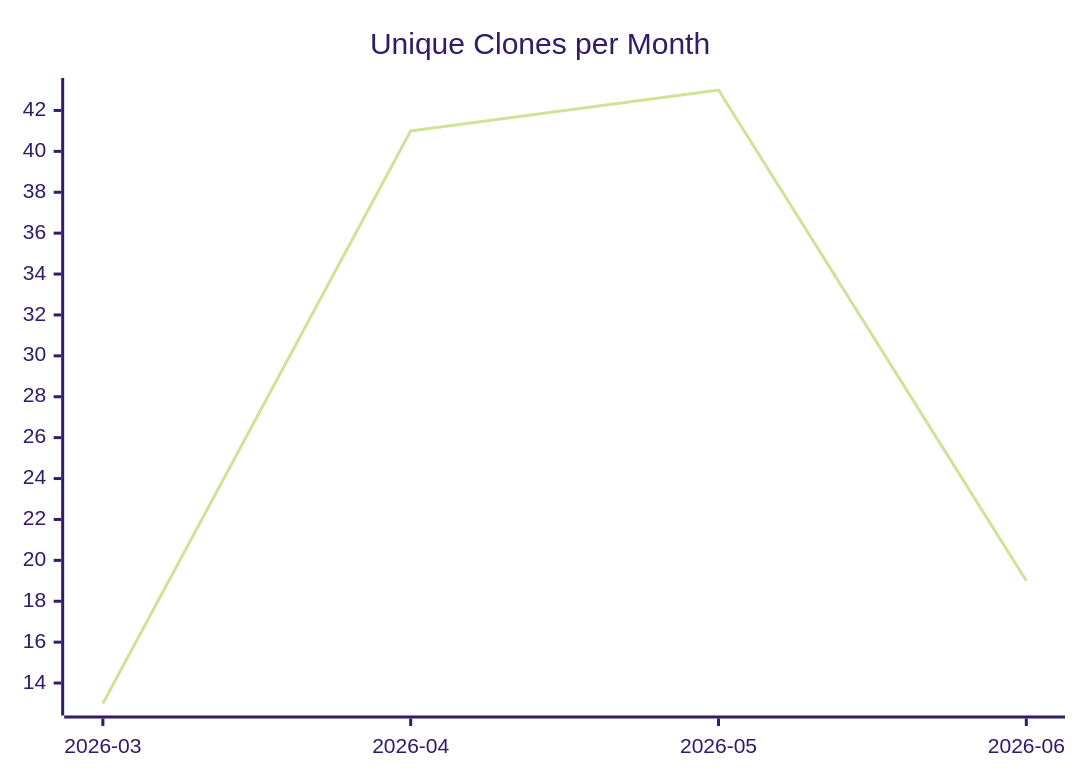
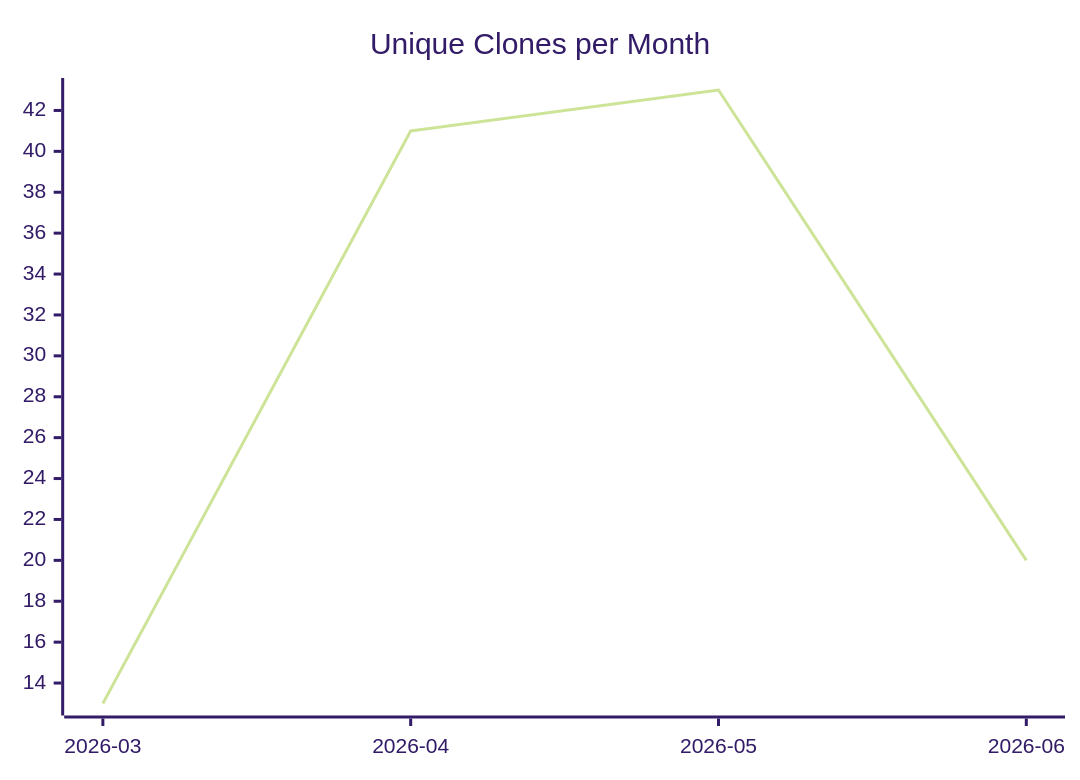
One commit to justdavis-family/github-analytics-data changed the third of 3 diagrams in karlmdavis/usgs-water-api-java/README.md. Above: the diagram before and after it, drawn with Mermaid (forest theme). The commit also changed other lines of this file and 198 other files, not shown here.

````diff
--- a/karlmdavis/usgs-water-api-java/README.md
+++ b/karlmdavis/usgs-water-api-java/README.md
@@ -19,6 +19,6 @@
 ```mermaid
 xychart-beta
   title "Unique Clones per Month"
   x-axis ["2026-03", "2026-04", "2026-05", "2026-06"]
-  line [13, 41, 43, 19]
+  line [13, 41, 43, 20]
 ```
````
